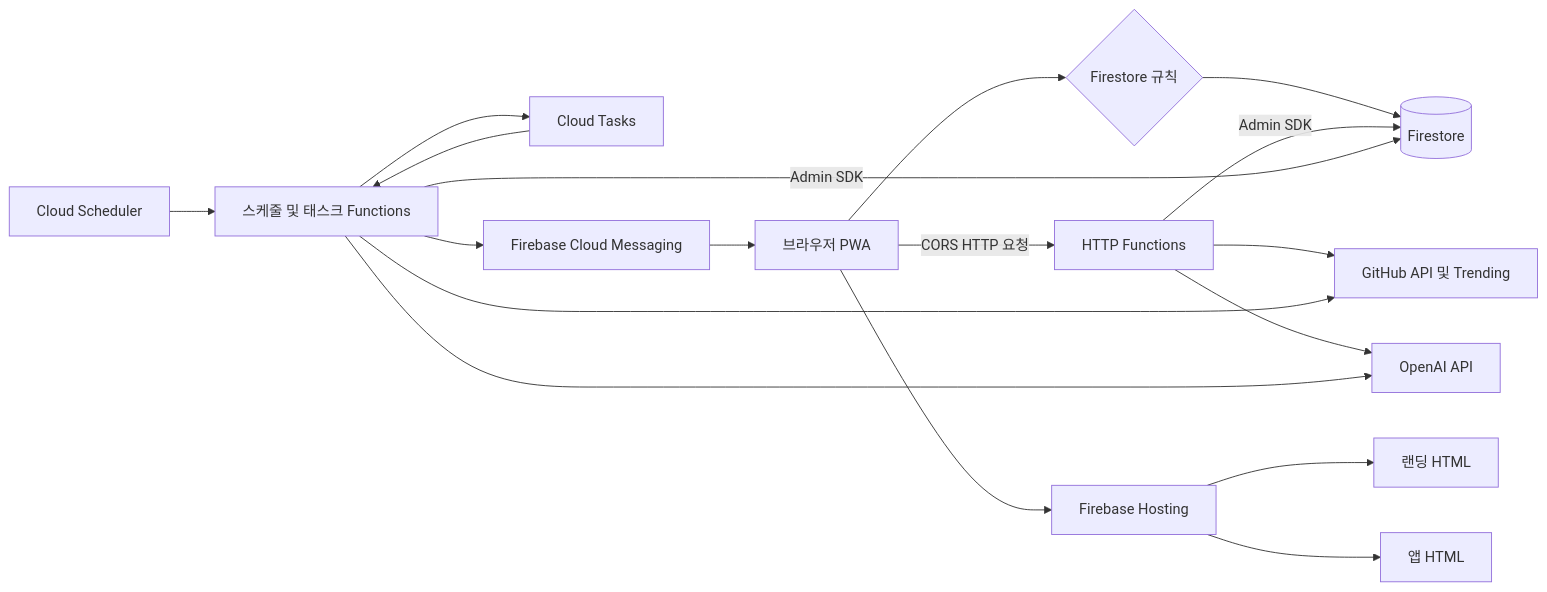
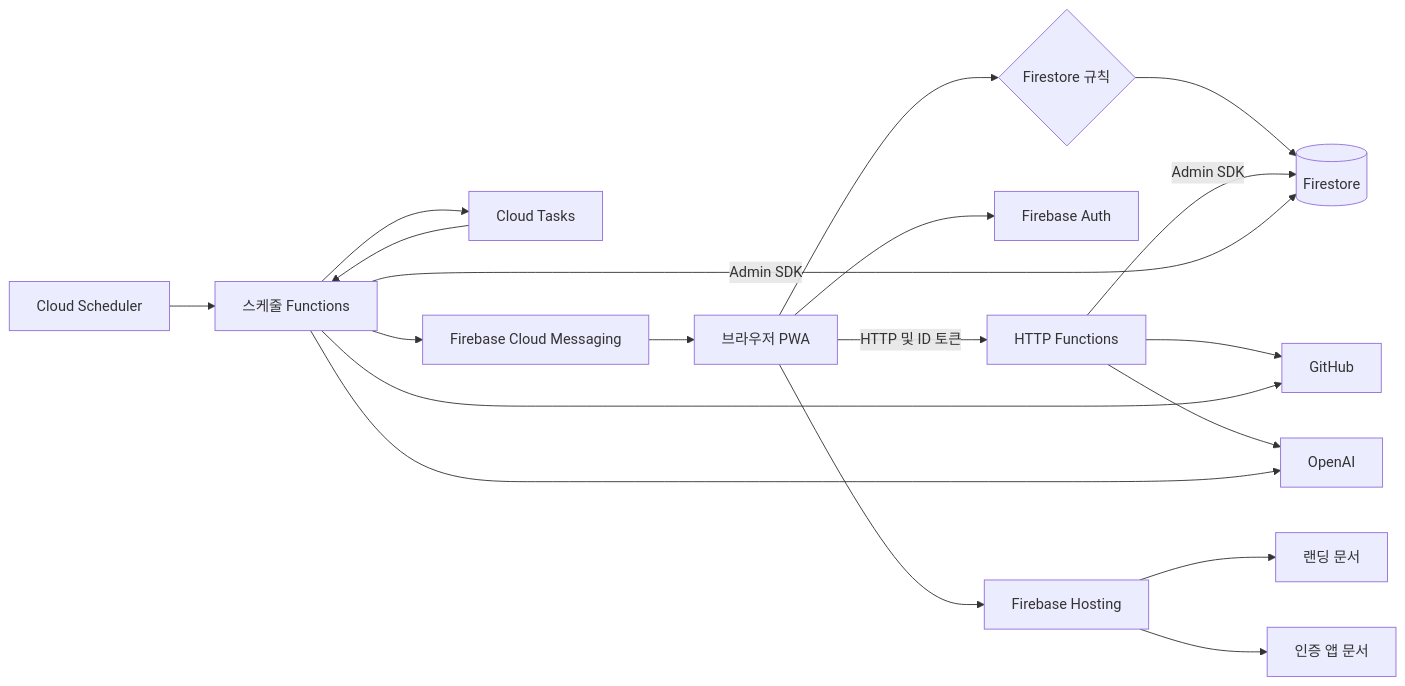
The first of 3 diagrams in openwiki/architecture/system-overview.md (chucoding/code-recall), drawn with Mermaid before and after one commit. The commit also changed other lines of this file and 26 other files, not shown here.

````diff
--- a/openwiki/architecture/system-overview.md
+++ b/openwiki/architecture/system-overview.md
@@ -43,34 +51,36 @@
 ```mermaid
 flowchart LR
   Browser["브라우저 PWA"]
   Hosting["Firebase Hosting"]
-  Landing["랜딩 HTML"]
-  App["앱 HTML"]
+  Landing["랜딩 문서"]
+  App["인증 앱 문서"]
+  Auth["Firebase Auth"]
   Rules{"Firestore 규칙"}
   Store[("Firestore")]
   Http["HTTP Functions"]
-  Jobs["스케줄 및 태스크 Functions"]
   Scheduler["Cloud Scheduler"]
+  Jobs["스케줄 Functions"]
   Queue["Cloud Tasks"]
-  GitHub["GitHub API 및 Trending"]
-  OpenAI["OpenAI API"]
+  GitHub["GitHub"]
+  OpenAI["OpenAI"]
   FCM["Firebase Cloud Messaging"]
 
   Browser --> Hosting
   Hosting --> Landing
   Hosting --> App
+  Browser --> Auth
   Browser --> Rules
   Rules --> Store
-  Browser -->|"CORS HTTP 요청"| Http
+  Browser -->|"HTTP 및 ID 토큰"| Http
   Http -->|"Admin SDK"| Store
   Http --> GitHub
   Http --> OpenAI
   Scheduler --> Jobs
   Jobs -->|"Admin SDK"| Store
   Jobs --> Queue
   Queue --> Jobs
   Jobs --> GitHub
   Jobs --> OpenAI
   Jobs --> FCM
   FCM --> Browser
 ```
````
